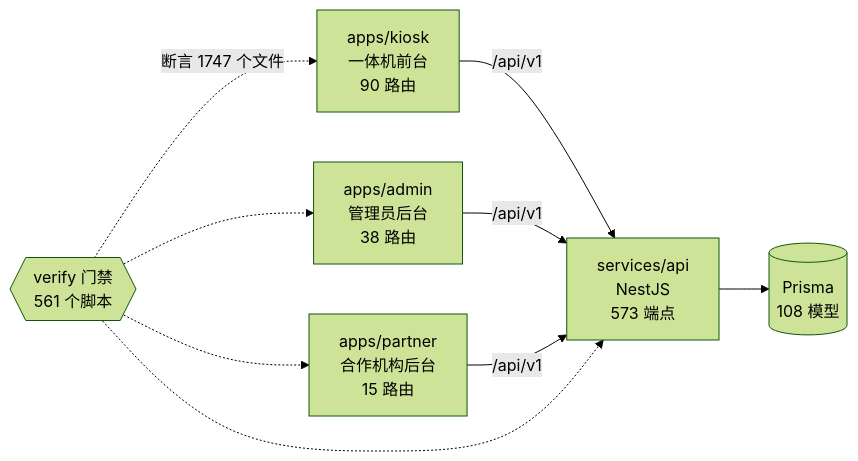
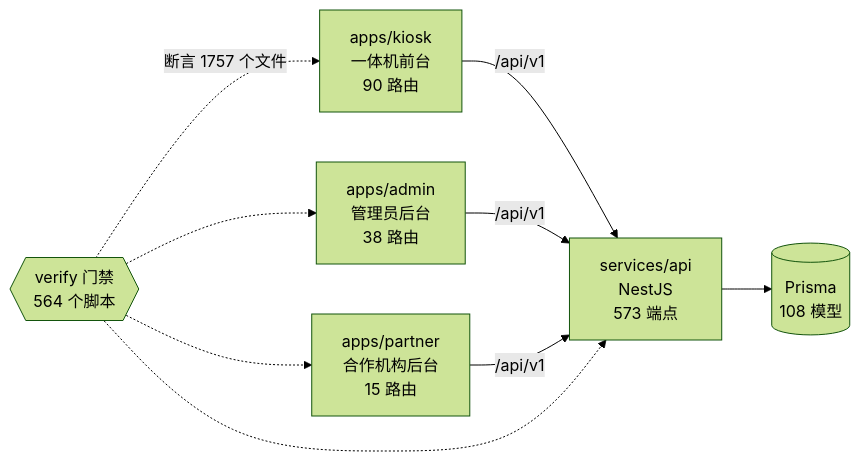
The diagram in docs/graph/README.md (wanglei581/YITIJI), drawn with Mermaid (forest theme) before and after one commit. The commit also changed other lines of this file and 1 other file, not shown here.

Commit message:
chore(graph): 并入候选后重生图谱

````diff
--- a/docs/graph/README.md
+++ b/docs/graph/README.md
@@ -68,18 +68,18 @@
 ```mermaid
 flowchart LR
   kiosk["apps/kiosk<br/>一体机前台<br/>90 路由"]
   admin["apps/admin<br/>管理员后台<br/>38 路由"]
   partner["apps/partner<br/>合作机构后台<br/>15 路由"]
   api["services/api<br/>NestJS<br/>573 端点"]
   db[("Prisma<br/>108 模型")]
-  gates{{"verify 门禁<br/>561 个脚本"}}
+  gates{{"verify 门禁<br/>564 个脚本"}}
 
   kiosk -->|"/api/v1"| api
   admin -->|"/api/v1"| api
   partner -->|"/api/v1"| api
   api --> db
-  gates -.->|"断言 1747 个文件"| kiosk
+  gates -.->|"断言 1757 个文件"| kiosk
   gates -.-> admin
   gates -.-> partner
   gates -.-> api
 ```
````
